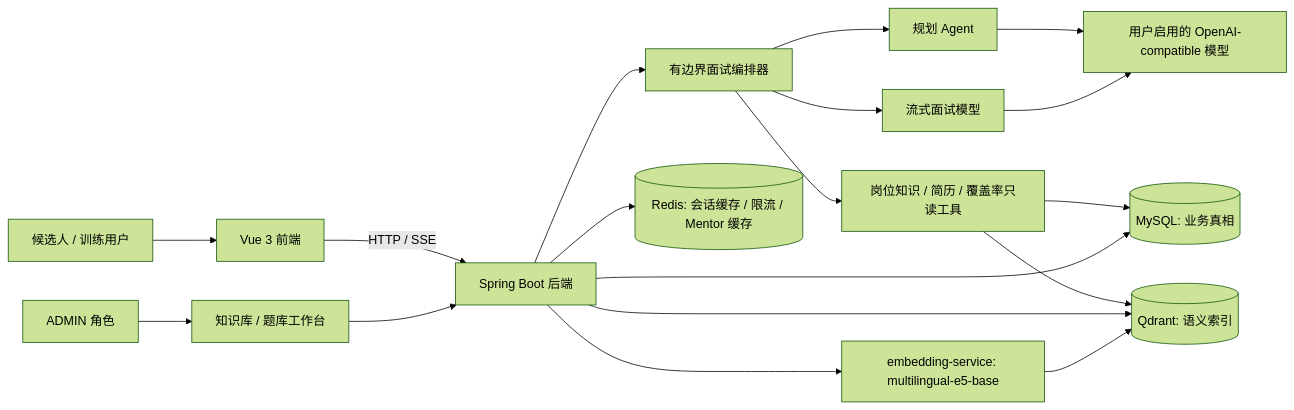
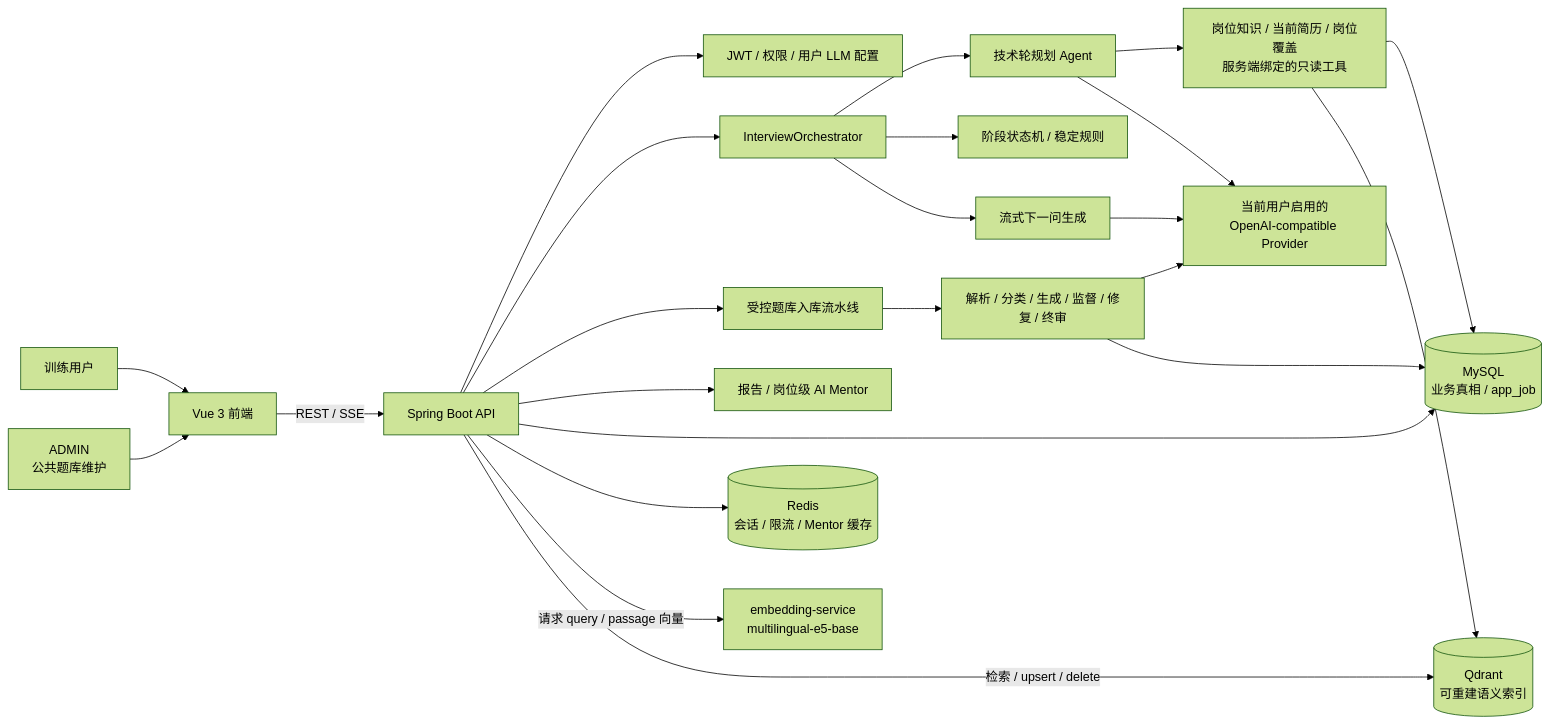
One commit to nzy0510/AI-Interview changed the first of 3 diagrams in README.md. Above: the diagram before and after it, drawn with Mermaid (forest theme). The commit also changed other lines of this file and 6 other files, not shown here.

Commit message:
docs: align RAG architecture and add editable diagram sources

````diff
--- a/README.md
+++ b/README.md
@@ -101,20 +103,29 @@
 ```mermaid
-graph LR
-    User["候选人 / 训练用户"] --> Frontend["Vue 3 前端"]
-    Frontend -->|"HTTP / SSE"| Backend["Spring Boot 后端"]
-    Backend --> Orchestrator["有边界面试编排器"]
-    Orchestrator --> Planner["规划 Agent"]
-    Orchestrator --> Tools["岗位知识 / 简历 / 覆盖率只读工具"]
-    Orchestrator --> Generator["流式面试模型"]
-    Planner --> LLM["用户启用的 OpenAI-compatible 模型"]
+flowchart LR
+    User["训练用户"] --> Web["Vue 3 前端"]
+    Admin["ADMIN<br/>公共题库维护"] --> Web
+    Web -->|"REST / SSE"| API["Spring Boot API"]
+
+    API --> Auth["JWT / 权限 / 用户 LLM 配置"]
+    API --> Orchestrator["InterviewOrchestrator"]
+    API --> Pipeline["受控题库入库流水线"]
+    API --> Review["报告 / 岗位级 AI Mentor"]
+
+    Orchestrator --> Agent["技术轮规划 Agent"]
+    Orchestrator --> Rule["阶段状态机 / 稳定规则"]
+    Agent --> Tools["岗位知识 / 当前简历 / 岗位覆盖<br/>服务端绑定的只读工具"]
+    Orchestrator --> Generator["流式下一问生成"]
+
+    Pipeline --> Jobs["解析 / 分类 / 生成 / 监督 / 修复 / 终审"]
+    Agent --> LLM["当前用户启用的<br/>OpenAI-compatible Provider"]
     Generator --> LLM
+    Jobs --> LLM
+
+    API --> MySQL[("MySQL<br/>业务真相 / app_job")]
+    API --> Redis[("Redis<br/>会话 / 限流 / Mentor 缓存")]
     Tools --> MySQL
-    Tools --> Qdrant
-    Backend --> MySQL[("MySQL: 业务真相")]
-    Backend --> Redis[("Redis: 会话缓存 / 限流 / Mentor 缓存")]
-    Backend --> Qdrant[("Qdrant: 语义索引")]
-    Backend --> Embed["embedding-service: multilingual-e5-base"]
-    Embed --> Qdrant
-    Workspace["知识库 / 题库工作台"] --> Backend
-    Admin["ADMIN 角色"] --> Workspace
+    Tools --> Qdrant[("Qdrant<br/>可重建语义索引")]
+    Jobs --> MySQL
+    API -->|"请求 query / passage 向量"| Embed["embedding-service<br/>multilingual-e5-base"]
+    API -->|"检索 / upsert / delete"| Qdrant
 ```
````
